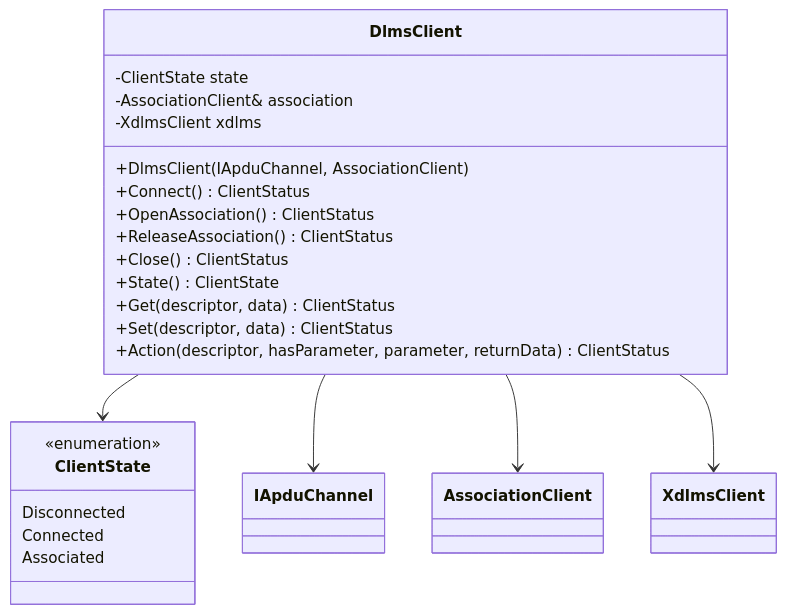
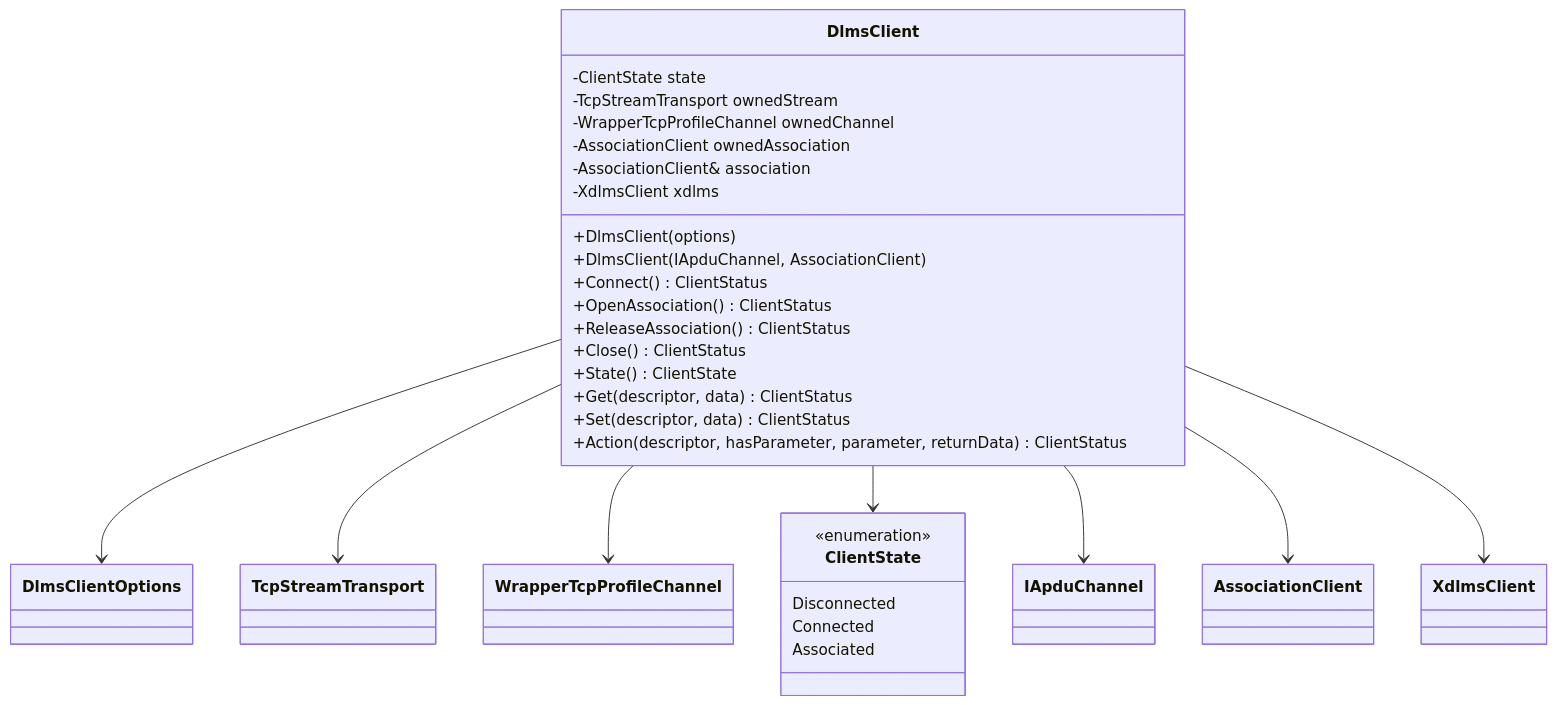
The third of 4 diagrams in docs/02_client_architecture.md (gvtret/dlms-client), drawn with Mermaid before and after one commit. The commit also changed other lines of this file and 5 other files, not shown here.

First line of the commit message:
feat(client): compose wrapper tcp client

````diff
--- a/docs/02_client_architecture.md
+++ b/docs/02_client_architecture.md
@@ -56,33 +61,43 @@
 ```mermaid
 classDiagram
   class DlmsClient {
     -ClientState state
+    -TcpStreamTransport ownedStream
+    -WrapperTcpProfileChannel ownedChannel
+    -AssociationClient ownedAssociation
     -AssociationClient& association
     -XdlmsClient xdlms
+    +DlmsClient(options)
     +DlmsClient(IApduChannel, AssociationClient)
     +Connect() ClientStatus
     +OpenAssociation() ClientStatus
     +ReleaseAssociation() ClientStatus
     +Close() ClientStatus
     +State() ClientState
     +Get(descriptor, data) ClientStatus
     +Set(descriptor, data) ClientStatus
     +Action(descriptor, hasParameter, parameter, returnData) ClientStatus
   }
 
   class ClientState {
     <<enumeration>>
     Disconnected
     Connected
     Associated
   }
 
+  class DlmsClientOptions
+  class TcpStreamTransport
+  class WrapperTcpProfileChannel
   class IApduChannel
   class AssociationClient
   class XdlmsClient
 
+  DlmsClient --> DlmsClientOptions
+  DlmsClient --> TcpStreamTransport
+  DlmsClient --> WrapperTcpProfileChannel
   DlmsClient --> ClientState
   DlmsClient --> IApduChannel
   DlmsClient --> AssociationClient
   DlmsClient --> XdlmsClient
 ```
````
